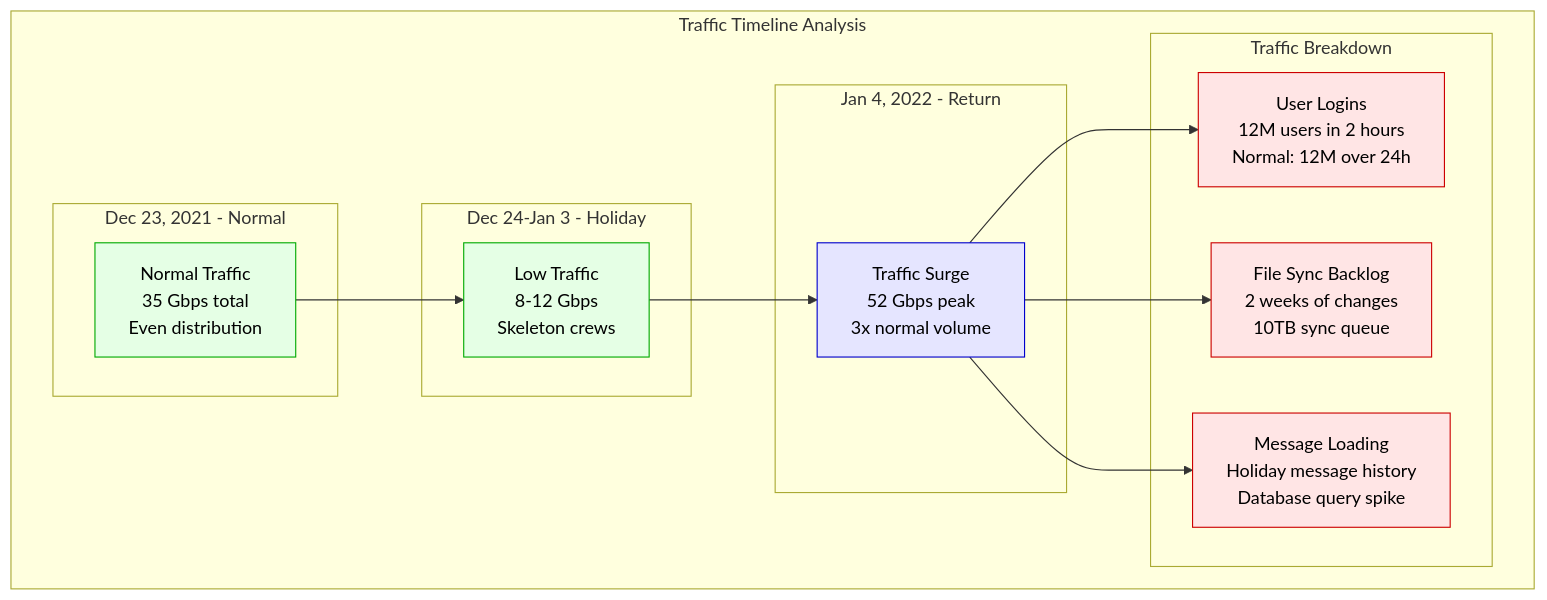
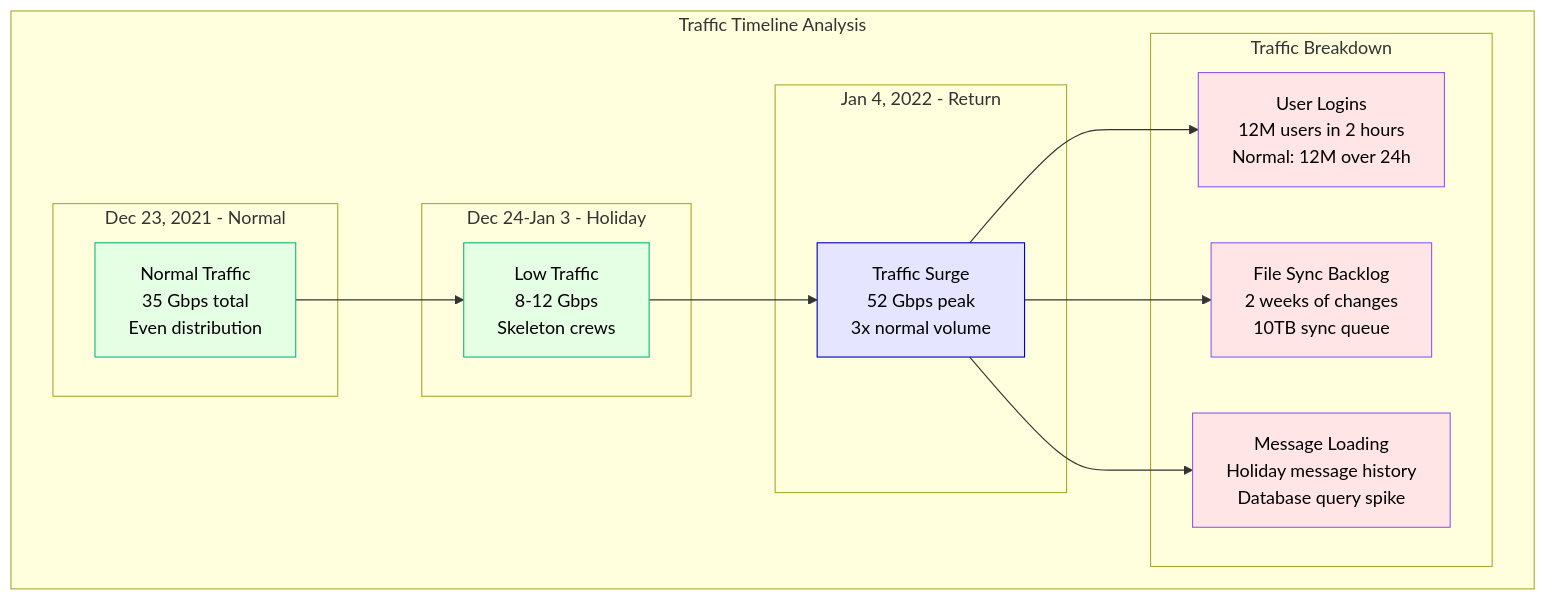
The third of 3 diagrams in site/docs/incidents/slack-2022.md (deepaucksharma/DS), drawn with Mermaid before and after one commit. The commit also changed other lines of this file and 303 other files, not shown here.

````diff
--- a/site/docs/incidents/slack-2022.md
+++ b/site/docs/incidents/slack-2022.md
@@ -389,37 +389,37 @@
 ```mermaid
 graph TB
     subgraph TimelineAnalysis["Traffic Timeline Analysis"]
 
         subgraph PreHoliday["Dec 23, 2021 - Normal"]
             PreTraffic["Normal Traffic<br/>35 Gbps total<br/>Even distribution"]
         end
 
         subgraph HolidayPeriod["Dec 24-Jan 3 - Holiday"]
             LowTraffic["Low Traffic<br/>8-12 Gbps<br/>Skeleton crews"]
         end
 
         subgraph ReturnDay["Jan 4, 2022 - Return"]
             SurgeTraffic["Traffic Surge<br/>52 Gbps peak<br/>3x normal volume"]
         end
 
         subgraph Breakdown["Traffic Breakdown"]
             LoginSurge["User Logins<br/>12M users in 2 hours<br/>Normal: 12M over 24h"]
             FileSynce["File Sync Backlog<br/>2 weeks of changes<br/>10TB sync queue"]
             MessageLoad["Message Loading<br/>Holiday message history<br/>Database query spike"]
         end
     end
 
     PreTraffic --> LowTraffic
     LowTraffic --> SurgeTraffic
     SurgeTraffic --> LoginSurge
     SurgeTraffic --> FileSynce
     SurgeTraffic --> MessageLoad
 
-    classDef normalStyle fill:#E5FFE5,stroke:#00AA00,color:#000
+    classDef normalStyle fill:#E5FFE5,stroke:#10B981,color:#000
     classDef holidayStyle fill:#E5E5FF,stroke:#0000CC,color:#000
-    classDef surgeStyle fill:#FFE5E5,stroke:#CC0000,color:#000
+    classDef surgeStyle fill:#FFE5E5,stroke:#8B5CF6,color:#000
 
     class PreTraffic,LowTraffic normalStyle
     class SurgeTraffic holidayStyle
     class LoginSurge,FileSynce,MessageLoad surgeStyle
 ```
````
